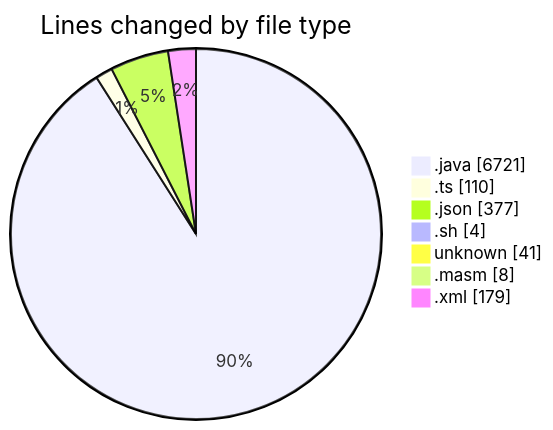
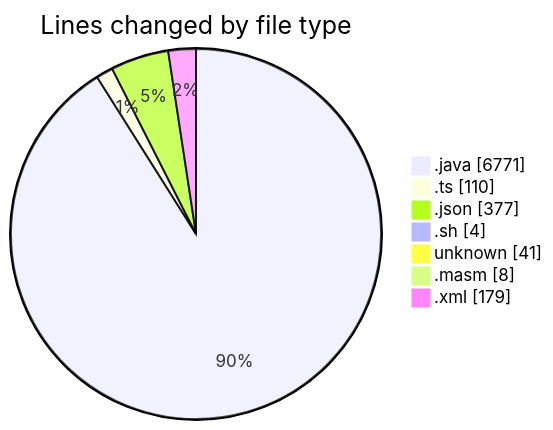
One commit to charlie-sans/code-tracking changed the first of 2 diagrams in 2025-02-20/micros/README.md. Above: the diagram before and after it, drawn with Mermaid. The commit also changed other lines of this file and 1 other file, not shown here.

````diff
--- a/2025-02-20/micros/README.md
+++ b/2025-02-20/micros/README.md
@@ -46,11 +46,11 @@
 ```mermaid
 pie showData
 title Lines changed by file type
-".java" : 6721
+".java" : 6771
 ".ts" : 110
 ".json" : 377
 ".sh" : 4
 "unknown" : 41
 ".masm" : 8
 ".xml" : 179
 ```
````
